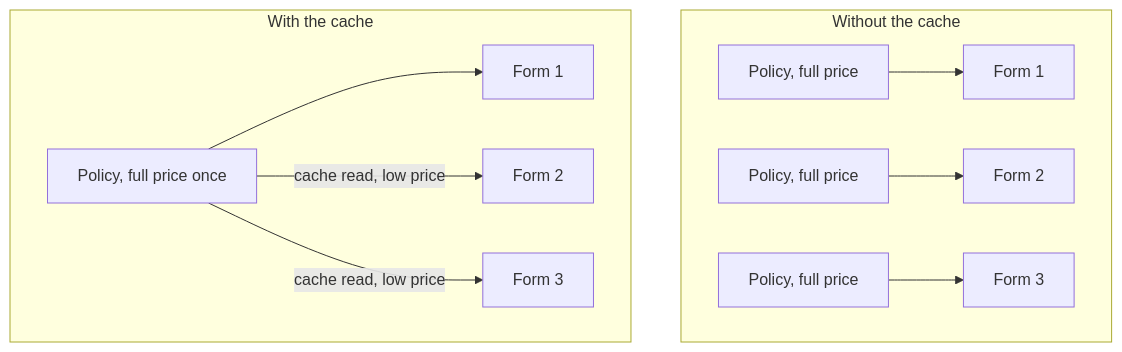
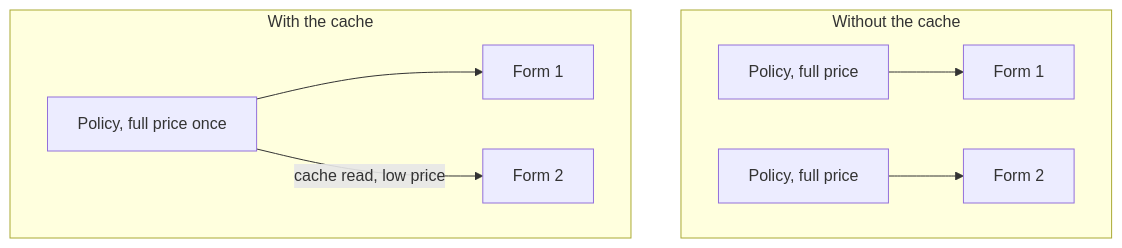
Before and after one commit to learnwithparam/ai-engineering-for-everyone: the diagram in parts/01-price-the-work/03-spot-the-hidden-cost/problem/README.md, drawn with Mermaid. The commit also changed other lines of this file and 176 other files, not shown here.

````diff
--- a/parts/01-price-the-work/03-spot-the-hidden-cost/problem/README.md
+++ b/parts/01-price-the-work/03-spot-the-hidden-cost/problem/README.md
@@ -17,13 +7,11 @@
 ```mermaid
 flowchart TB
   subgraph Without the cache
     A1[Policy, full price] --> X1[Form 1]
     A2[Policy, full price] --> X2[Form 2]
-    A3[Policy, full price] --> X3[Form 3]
   end
   subgraph With the cache
     B1[Policy, full price once] --> Y1[Form 1]
     B1 -->|cache read, low price| Y2[Form 2]
-    B1 -->|cache read, low price| Y3[Form 3]
   end
 ```
````
